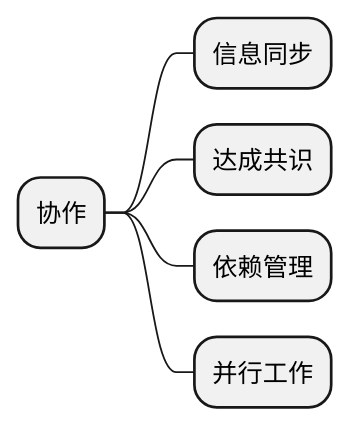
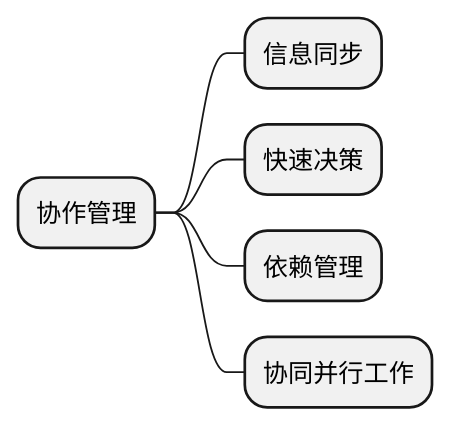
Before and after one commit to lem-org/lem-org.github.io: the seventh of 11 diagrams in content/insights/what_is_agile/index.zh-cn.raw.md, drawn with PlantUML. The commit also changed other lines of this file and 9 other files, not shown here.

````diff
--- a/content/insights/what_is_agile/index.zh-cn.raw.md
+++ b/content/insights/what_is_agile/index.zh-cn.raw.md
@@ -227,9 +230,9 @@
 ```plantuml
 @startmindmap
-* 协作
+* 协作管理
     * 信息同步
-    * 达成共识
+    * 快速决策
     * 依赖管理
-    * 并行工作
+    * 协同并行工作
 @endmindmap
 ```
````
